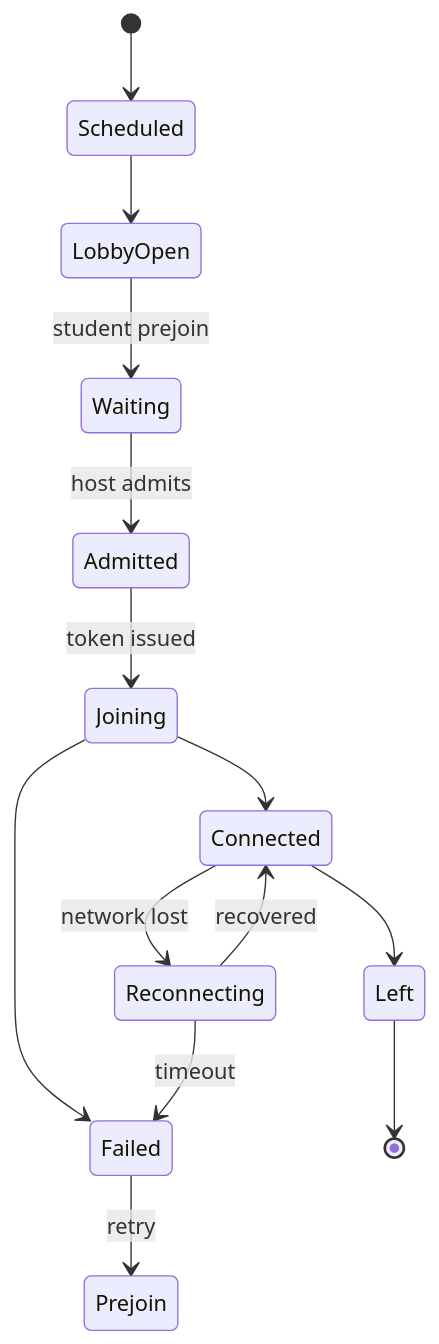
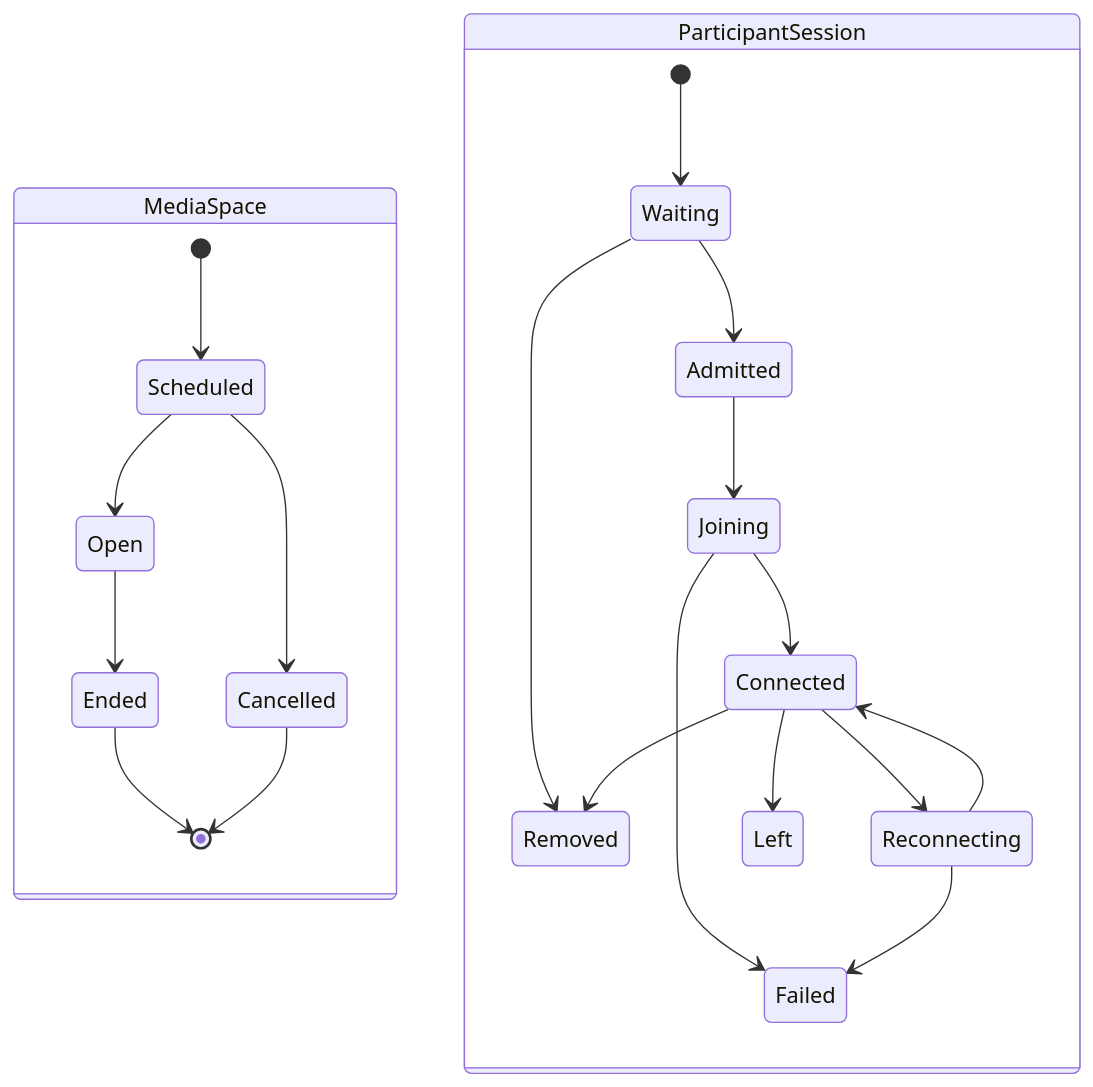
One commit to basangnguyen/TUTORHUB_WEB changed the second of 4 diagrams in docs/MASTER_PLAN.md. Above: the diagram before and after it, drawn with Mermaid. The commit also changed other lines of this file and 9 other files, not shown here.

````diff
--- a/docs/MASTER_PLAN.md
+++ b/docs/MASTER_PLAN.md
@@ -617,16 +619,24 @@
 ```mermaid
 stateDiagram-v2
-    [*] --> Scheduled
-    Scheduled --> LobbyOpen
-    LobbyOpen --> Waiting: student prejoin
-    Waiting --> Admitted: host admits
-    Admitted --> Joining: token issued
-    Joining --> Connected
-    Joining --> Failed
-    Connected --> Reconnecting: network lost
-    Reconnecting --> Connected: recovered
-    Reconnecting --> Failed: timeout
-    Connected --> Left
-    Failed --> Prejoin: retry
-    Left --> [*]
+    state MediaSpace {
+        [*] --> Scheduled
+        Scheduled --> Open
+        Scheduled --> Cancelled
+        Open --> Ended
+        Ended --> [*]
+        Cancelled --> [*]
+    }
+    state ParticipantSession {
+        [*] --> Waiting
+        Waiting --> Admitted
+        Waiting --> Removed
+        Admitted --> Joining
+        Joining --> Connected
+        Joining --> Failed
+        Connected --> Reconnecting
+        Reconnecting --> Connected
+        Reconnecting --> Failed
+        Connected --> Left
+        Connected --> Removed
+    }
 ```
````
